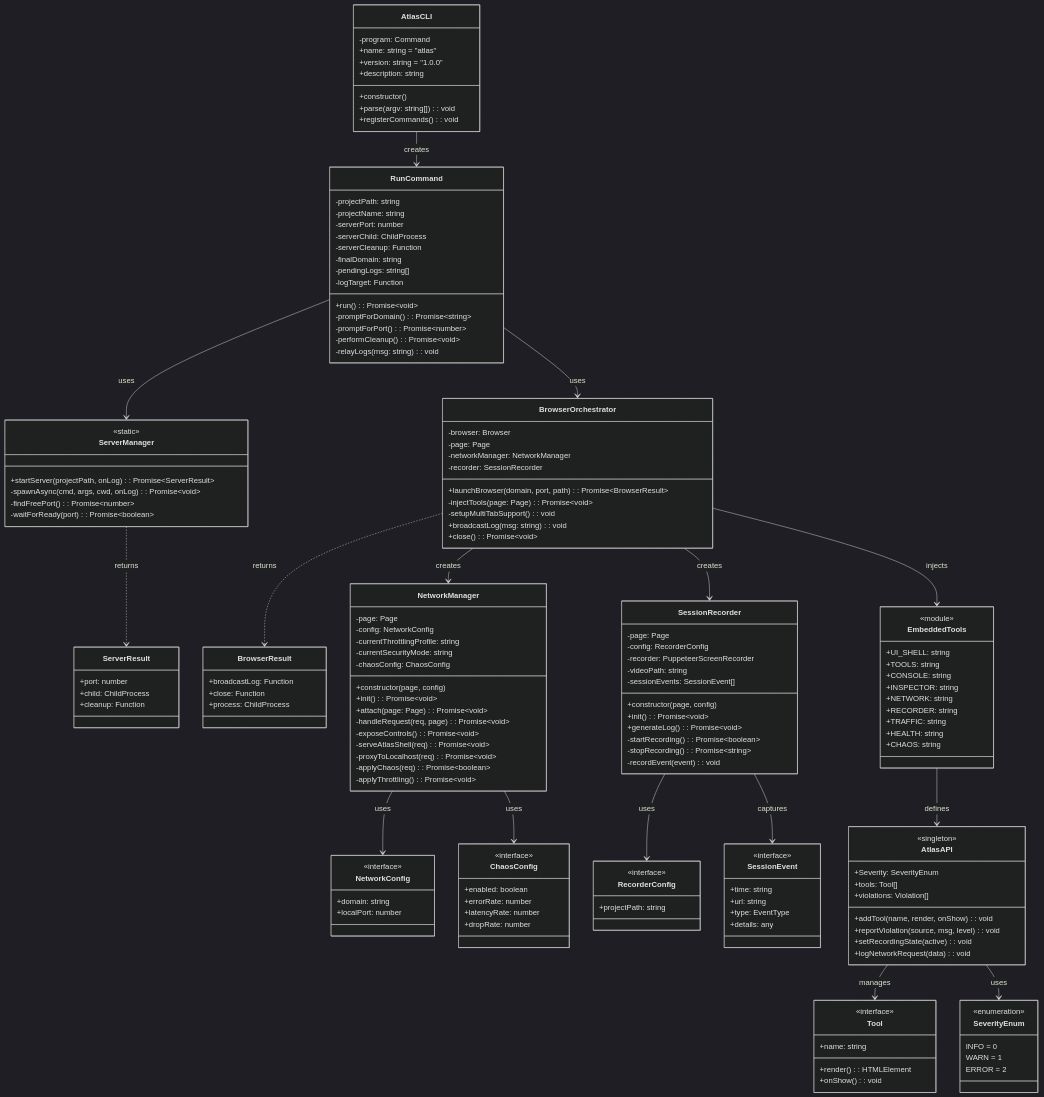
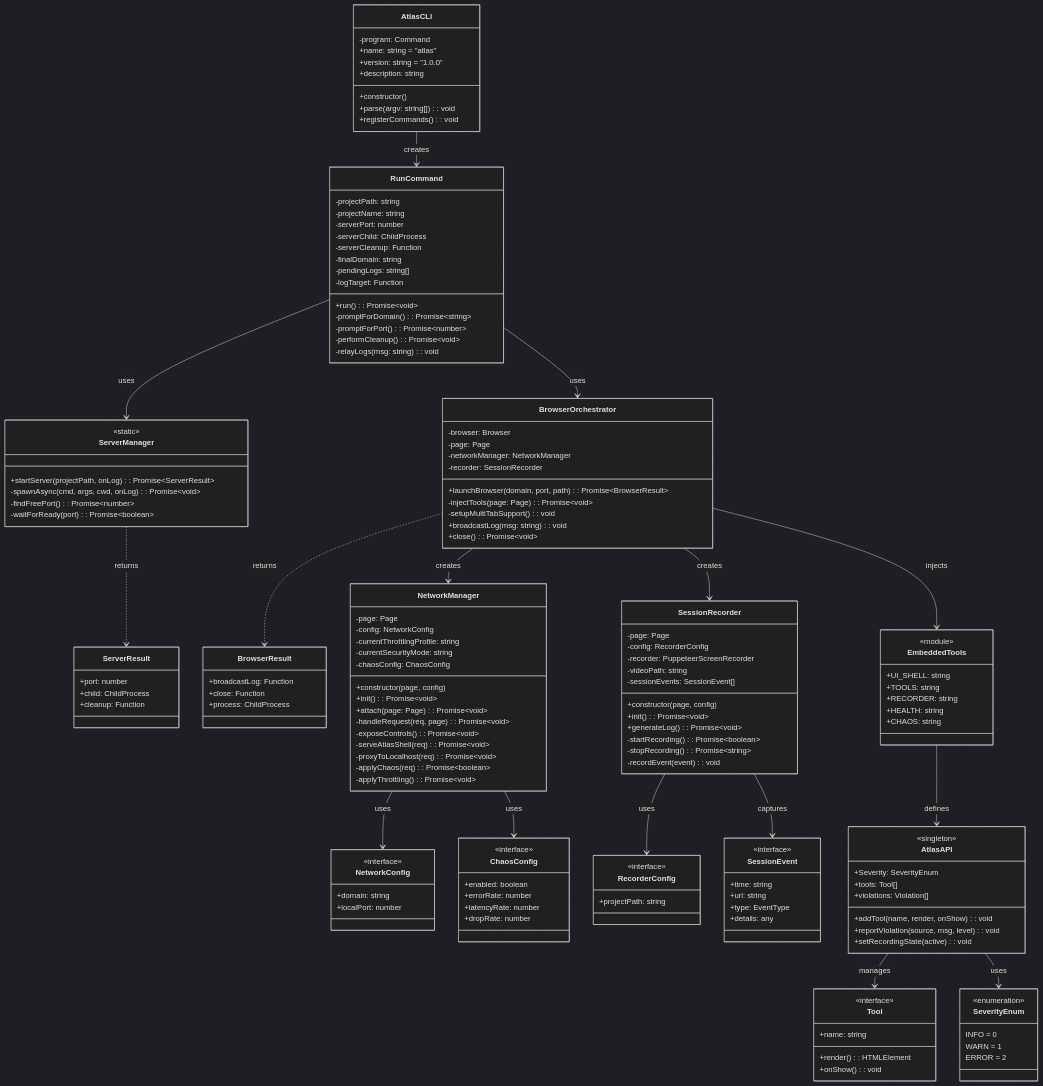
The diagram in diagrams/04_class_diagram.md (chirag-parmar16/atlas), drawn with Mermaid (dark theme) before and after one commit. The commit also changed 10 other files, not shown here.

```diff
--- a/diagrams/04_class_diagram.md
+++ b/diagrams/04_class_diagram.md
@@ -130,7 +130,6 @@
         +addTool(name, render, onShow): void
         +reportViolation(source, msg, level): void
         +setRecordingState(active): void
-        +logNetworkRequest(data): void
     }
     
     class SeverityEnum {
@@ -151,11 +150,7 @@
         <<module>>
         +UI_SHELL: string
         +TOOLS: string
-        +CONSOLE: string
-        +INSPECTOR: string
-        +NETWORK: string
         +RECORDER: string
-        +TRAFFIC: string
         +HEALTH: string
         +CHAOS: string
     }
```
